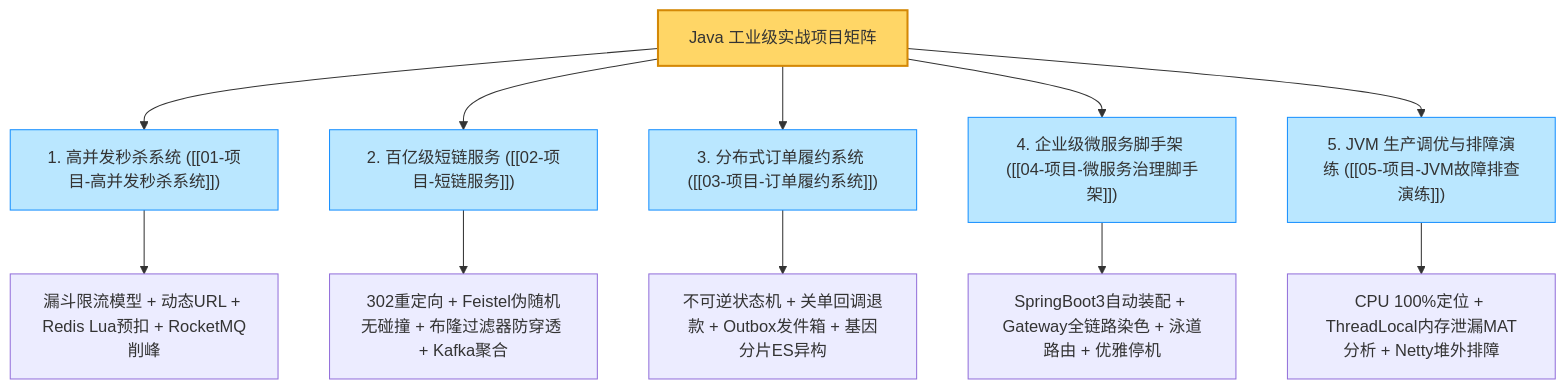
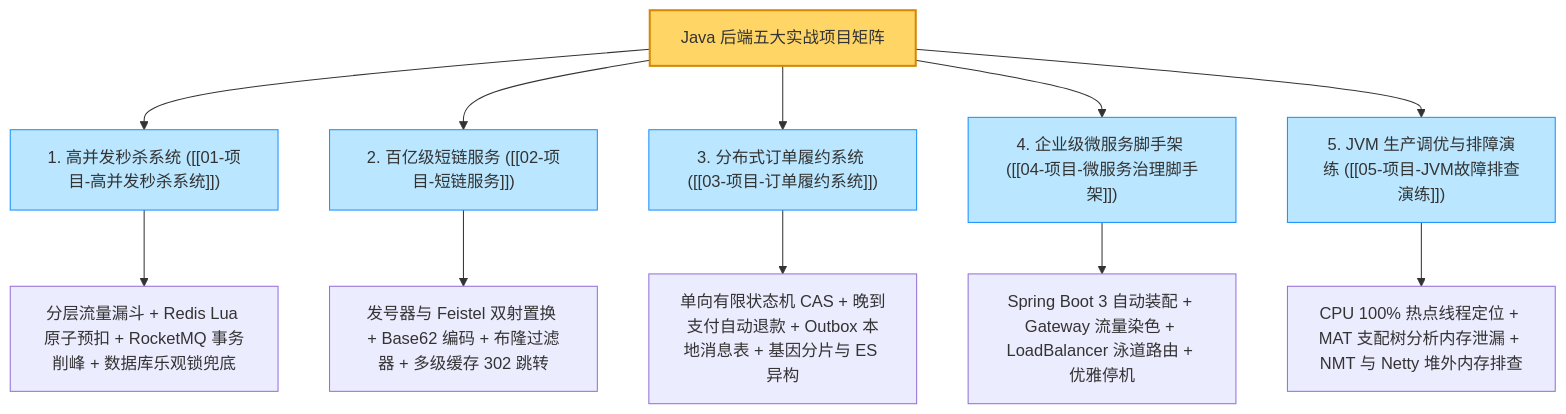
One commit to GuoWWWX/knowledge-base changed the diagram in 20-Java后端/09-项目实战/99-本章总结与复习.md. Above: the diagram before and after it, drawn with Mermaid. The commit also changed other lines of this file and 251 other files, not shown here.

````diff
--- a/20-Java后端/09-项目实战/99-本章总结与复习.md
+++ b/20-Java后端/09-项目实战/99-本章总结与复习.md
@@ -25,22 +25,22 @@
 ```mermaid
 flowchart TD
     classDef root fill:#ffd666,stroke:#d48806,stroke-width:2px;
     classDef branch fill:#bae7ff,stroke:#1890ff,stroke-width:1px;
 
-    Projects["Java 工业级实战项目矩阵"]:::root
+    Projects["Java 后端五大实战项目矩阵"]:::root
 
     Projects --> P1["1. 高并发秒杀系统 ([[01-项目-高并发秒杀系统]])"]:::branch
-    P1 --> P11["漏斗限流模型 + 动态URL + Redis Lua预扣 + RocketMQ削峰"]
+    P1 --> P11["分层流量漏斗 + Redis Lua 原子预扣 + RocketMQ 事务削峰 + 数据库乐观锁兜底"]
 
     Projects --> P2["2. 百亿级短链服务 ([[02-项目-短链服务]])"]:::branch
-    P2 --> P21["302重定向 + Feistel伪随机无碰撞 + 布隆过滤器防穿透 + Kafka聚合"]
+    P2 --> P21["发号器与 Feistel 双射置换 + Base62 编码 + 布隆过滤器 + 多级缓存 302 跳转"]
 
     Projects --> P3["3. 分布式订单履约系统 ([[03-项目-订单履约系统]])"]:::branch
-    P3 --> P31["不可逆状态机 + 关单回调退款 + Outbox发件箱 + 基因分片ES异构"]
+    P3 --> P31["单向有限状态机 CAS + 晚到支付自动退款 + Outbox 本地消息表 + 基因分片与 ES 异构"]
 
     Projects --> P4["4. 企业级微服务脚手架 ([[04-项目-微服务治理脚手架]])"]:::branch
-    P4 --> P41["SpringBoot3自动装配 + Gateway全链路染色 + 泳道路由 + 优雅停机"]
+    P4 --> P41["Spring Boot 3 自动装配 + Gateway 流量染色 + LoadBalancer 泳道路由 + 优雅停机"]
 
     Projects --> P5["5. JVM 生产调优与排障演练 ([[05-项目-JVM故障排查演练]])"]:::branch
-    P5 --> P51["CPU 100%定位 + ThreadLocal内存泄漏MAT分析 + Netty堆外排障"]
+    P5 --> P51["CPU 100% 热点线程定位 + MAT 支配树分析内存泄漏 + NMT 与 Netty 堆外内存排查"]
 ```
````
